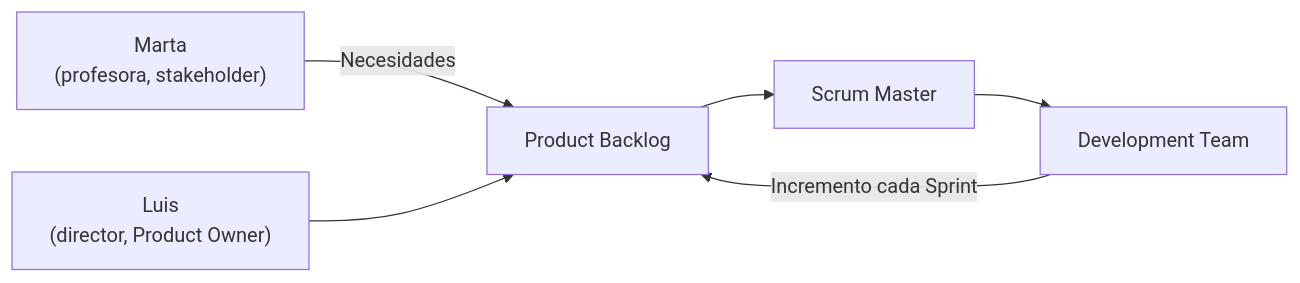
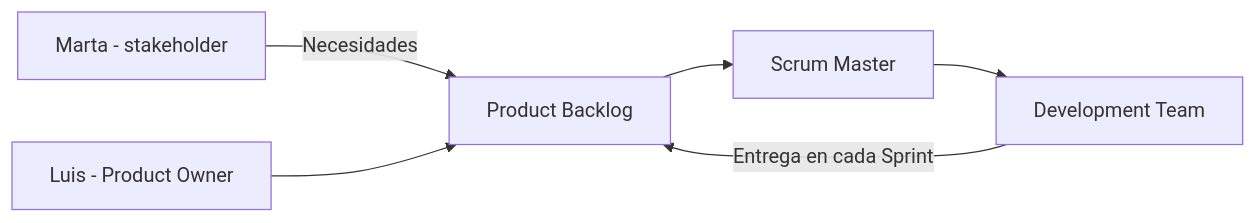
The first of 3 diagrams in 0105.md (raulmoder2000-droid/CD_Tema2_Ejercicios), drawn with Mermaid before and after one commit. The commit also changed other lines of this file, not shown here.

````diff
--- a/0105.md
+++ b/0105.md
@@ -18,8 +14,8 @@
 ```mermaid
 flowchart LR
-    M["Marta<br>(profesora, stakeholder)"] -->|Necesidades| PB[Product Backlog]
-    L["Luis<br>(director, Product Owner)"] --> PB
+    M[Marta - stakeholder] -->|Necesidades| PB[Product Backlog]
+    L[Luis - Product Owner] --> PB
     PB --> SM[Scrum Master]
     SM --> DT[Development Team]
-    DT -->|Incremento cada Sprint| PB
+    DT -->|Entrega en cada Sprint| PB
 ```
````
